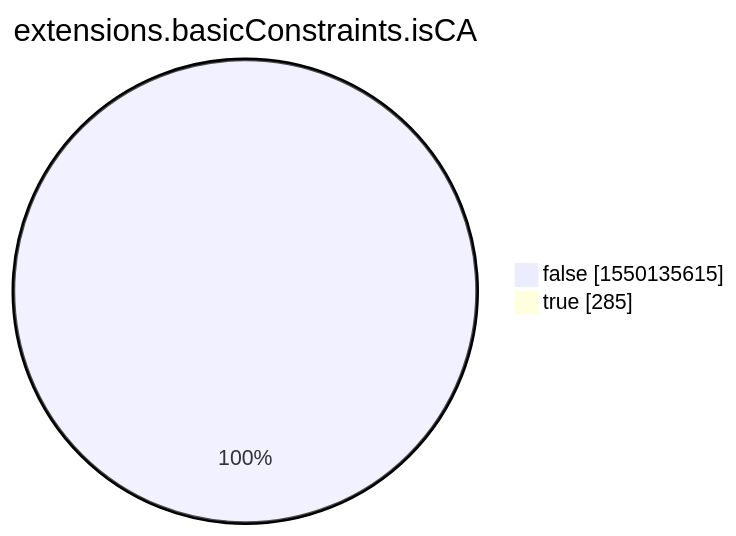
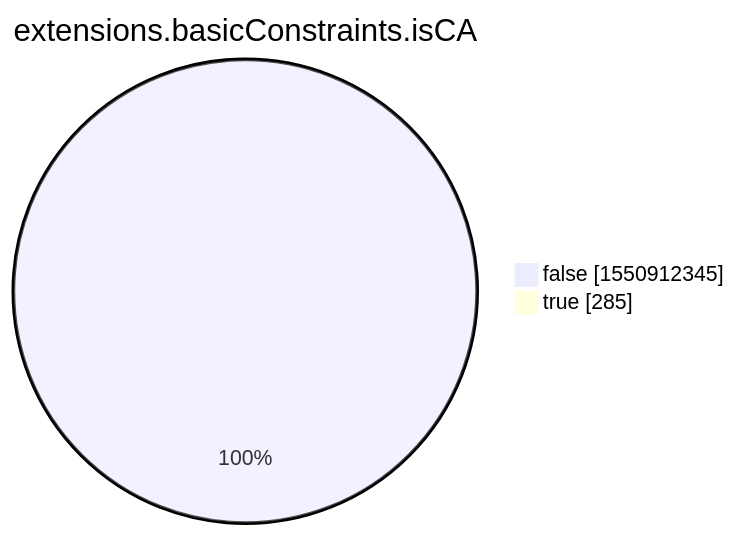
Before and after one commit to christiankrug/ctmonitor_visualization: the eighth of 15 diagrams in xenon2022/README.md, drawn with Mermaid. The commit also changed other lines of this file, not shown here.

````diff
--- a/xenon2022/README.md
+++ b/xenon2022/README.md
@@ -2859,6 +2860,6 @@
 ```mermaid
 pie showData
 title extensions.basicConstraints.isCA
-"false" :1550135615
+"false" :1550912345
 "true" :285
 ```
````
